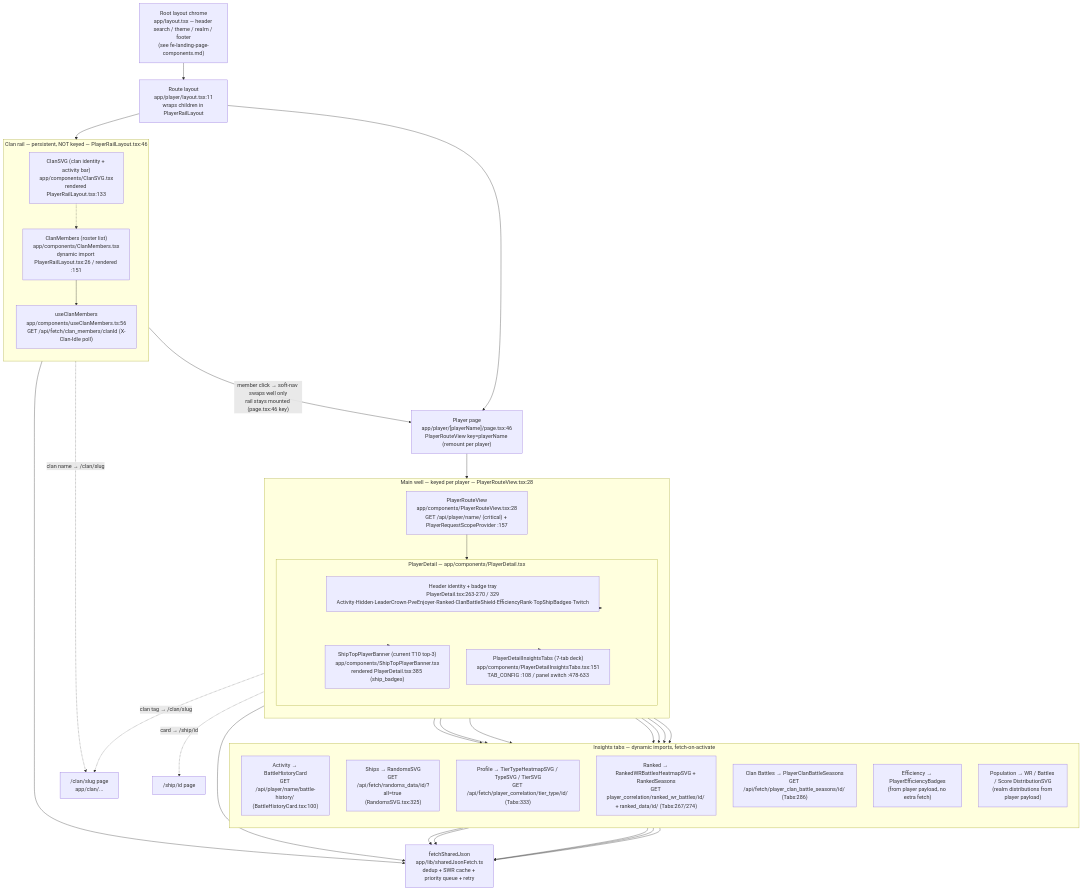
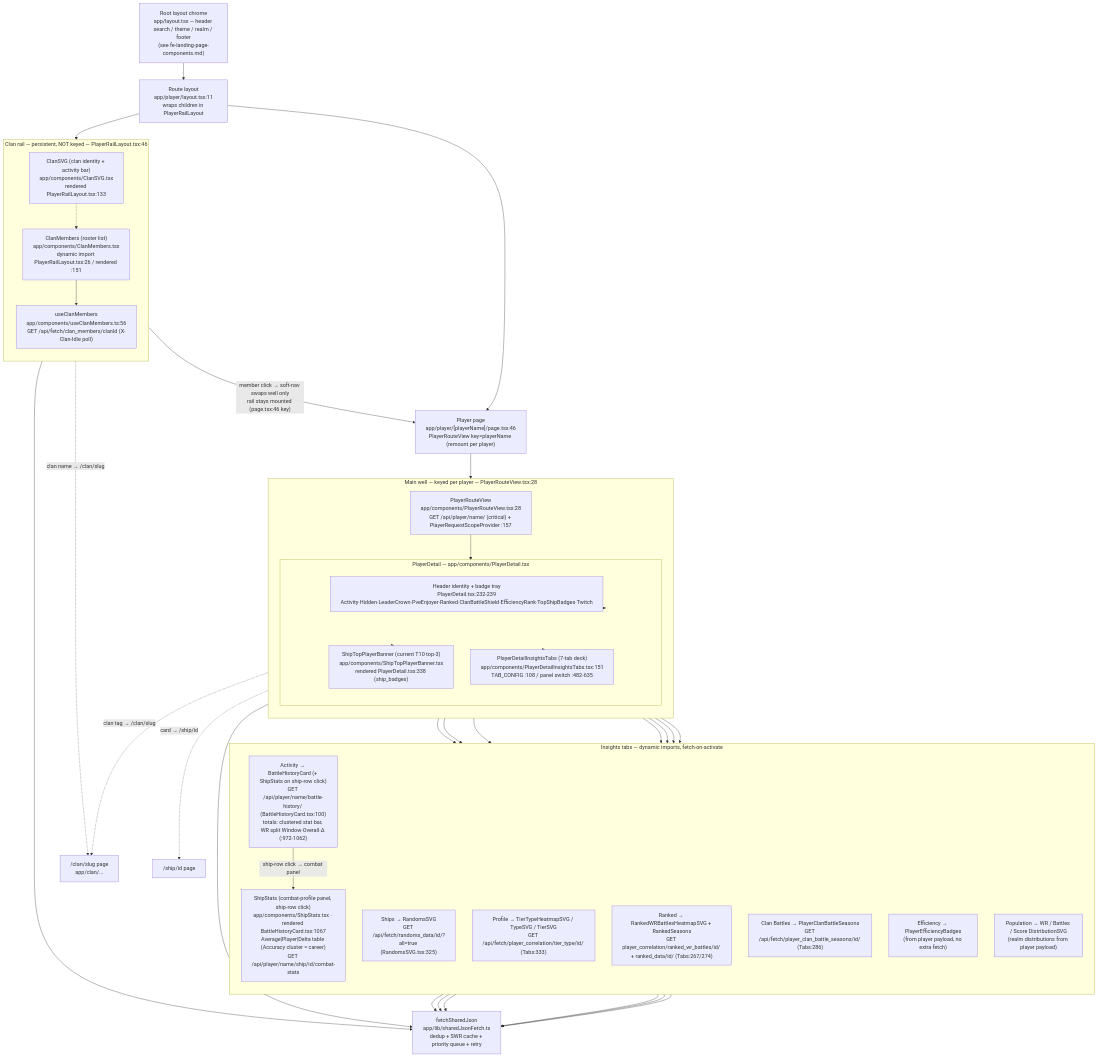
Before and after one commit to nitro-panks/battlestats: the diagram in agents/diagrams/fe-player-page-components.md, drawn with Mermaid. The commit also changed other lines of this file and 3 other files, not shown here.

First line of the commit message:
docs(diagrams): reconcile landing/player/floor diagrams with shipped changes

````diff
--- a/agents/diagrams/fe-player-page-components.md
+++ b/agents/diagrams/fe-player-page-components.md
@@ -12,79 +12,82 @@
 ```mermaid
 flowchart TD
     CHROME["Root layout chrome<br/>app/layout.tsx — header search / theme / realm / footer<br/>(see fe-landing-page-components.md)"]
 
     %% ---- Route shell ----
     LAYOUT["Route layout<br/>app/player/layout.tsx:11<br/>wraps children in PlayerRailLayout"]
     PAGE["Player page<br/>app/player/[playerName]/page.tsx:46<br/>PlayerRouteView key=playerName (remount per player)"]
 
     %% ---- Clan rail (stays mounted across soft-nav) ----
     subgraph RAIL["Clan rail — persistent, NOT keyed — PlayerRailLayout.tsx:46"]
         direction TB
         CLANSVG["ClanSVG (clan identity + activity bar)<br/>app/components/ClanSVG.tsx<br/>rendered PlayerRailLayout.tsx:133"]
         CLANMEMBERS["ClanMembers (roster list)<br/>app/components/ClanMembers.tsx<br/>dynamic import PlayerRailLayout.tsx:26 / rendered :151"]
         CLANHOOK["useClanMembers<br/>app/components/useClanMembers.ts:56<br/>GET /api/fetch/clan_members/clanId (X-Clan-Idle poll)"]
     end
 
     %% ---- Main well (keyed, remounts per player) ----
     subgraph WELL["Main well — keyed per player — PlayerRouteView.tsx:28"]
         direction TB
         ROUTEVIEW["PlayerRouteView<br/>app/components/PlayerRouteView.tsx:28<br/>GET /api/player/name/ (critical) + PlayerRequestScopeProvider :157"]
 
         subgraph DETAIL["PlayerDetail — app/components/PlayerDetail.tsx"]
             direction TB
-            HEADER["Header identity + badge tray<br/>PlayerDetail.tsx:263-270 / 329<br/>Activity·Hidden·LeaderCrown·PveEnjoyer·Ranked·ClanBattleShield·EfficiencyRank·TopShipBadges·Twitch"]
-            BANNER["ShipTopPlayerBanner (current T10 top-3)<br/>app/components/ShipTopPlayerBanner.tsx<br/>rendered PlayerDetail.tsx:385 (ship_badges)"]
-            TABS["PlayerDetailInsightsTabs (7-tab deck)<br/>app/components/PlayerDetailInsightsTabs.tsx:151<br/>TAB_CONFIG :108 / panel switch :478-633"]
+            HEADER["Header identity + badge tray<br/>PlayerDetail.tsx:232-239<br/>Activity·Hidden·LeaderCrown·PveEnjoyer·Ranked·ClanBattleShield·EfficiencyRank·TopShipBadges·Twitch"]
+            BANNER["ShipTopPlayerBanner (current T10 top-3)<br/>app/components/ShipTopPlayerBanner.tsx<br/>rendered PlayerDetail.tsx:338 (ship_badges)"]
+            TABS["PlayerDetailInsightsTabs (7-tab deck)<br/>app/components/PlayerDetailInsightsTabs.tsx:151<br/>TAB_CONFIG :108 / panel switch :482-635"]
         end
     end
 
     %% ---- Tabs (each lazy-loaded, fetch on activate) ----
     subgraph TABDECK["Insights tabs — dynamic imports, fetch-on-activate"]
         direction TB
-        T_ACT["Activity → BattleHistoryCard<br/>GET /api/player/name/battle-history/ (BattleHistoryCard.tsx:100)"]
+        T_ACT["Activity → BattleHistoryCard (+ ShipStats on ship-row click)<br/>GET /api/player/name/battle-history/ (BattleHistoryCard.tsx:100)<br/>totals: clustered stat bar, WR split Window·Overall·Δ (:972-1062)"]
         T_SHIPS["Ships → RandomsSVG<br/>GET /api/fetch/randoms_data/id/?all=true (RandomsSVG.tsx:325)"]
         T_PROFILE["Profile → TierTypeHeatmapSVG / TypeSVG / TierSVG<br/>GET /api/fetch/player_correlation/tier_type/id/ (Tabs:333)"]
         T_RANKED["Ranked → RankedWRBattlesHeatmapSVG + RankedSeasons<br/>GET player_correlation/ranked_wr_battles/id/ + ranked_data/id/ (Tabs:267/274)"]
         T_CB["Clan Battles → PlayerClanBattleSeasons<br/>GET /api/fetch/player_clan_battle_seasons/id/ (Tabs:286)"]
         T_EFF["Efficiency → PlayerEfficiencyBadges<br/>(from player payload, no extra fetch)"]
         T_POP["Population → WR / Battles / Score DistributionSVG<br/>(realm distributions from player payload)"]
+        SHIPSTATS["ShipStats (combat-profile panel, ship-row click)<br/>app/components/ShipStats.tsx · rendered BattleHistoryCard.tsx:1067<br/>Average|Player|Delta table (Accuracy cluster = career)<br/>GET /api/player/name/ship/id/combat-stats"]
     end
 
     FETCH["fetchSharedJson<br/>app/lib/sharedJsonFetch.ts<br/>dedup + SWR cache + priority queue + retry"]
 
     %% ---- structural edges ----
     CHROME --> LAYOUT
     LAYOUT --> RAIL
     LAYOUT --> PAGE
     PAGE --> WELL
 
     CLANSVG -.-> CLANMEMBERS
     CLANMEMBERS --> CLANHOOK
 
     ROUTEVIEW --> DETAIL
     DETAIL --> HEADER
     DETAIL --> BANNER
     DETAIL --> TABS
 
     TABS --> T_ACT
     TABS --> T_SHIPS
     TABS --> T_PROFILE
     TABS --> T_RANKED
     TABS --> T_CB
     TABS --> T_EFF
     TABS --> T_POP
+    T_ACT -- "ship-row click → combat panel" --> SHIPSTATS
 
     %% ---- nav + data edges ----
     CLANMEMBERS -- "member click → soft-nav swaps well only<br/>rail stays mounted (page.tsx:46 key)" --> PAGE
     CLANSVG -. "clan name → /clan/slug" .-> CLANPAGE["/clan/slug page<br/>app/clan/..."]
     HEADER -. "clan tag → /clan/slug" .-> CLANPAGE
     BANNER -. "card → /ship/id" .-> SHIPPAGE["/ship/id page"]
 
     ROUTEVIEW --> FETCH
     CLANHOOK --> FETCH
     T_ACT --> FETCH
     T_SHIPS --> FETCH
     T_PROFILE --> FETCH
     T_RANKED --> FETCH
     T_CB --> FETCH
+    SHIPSTATS --> FETCH
 ```
````
